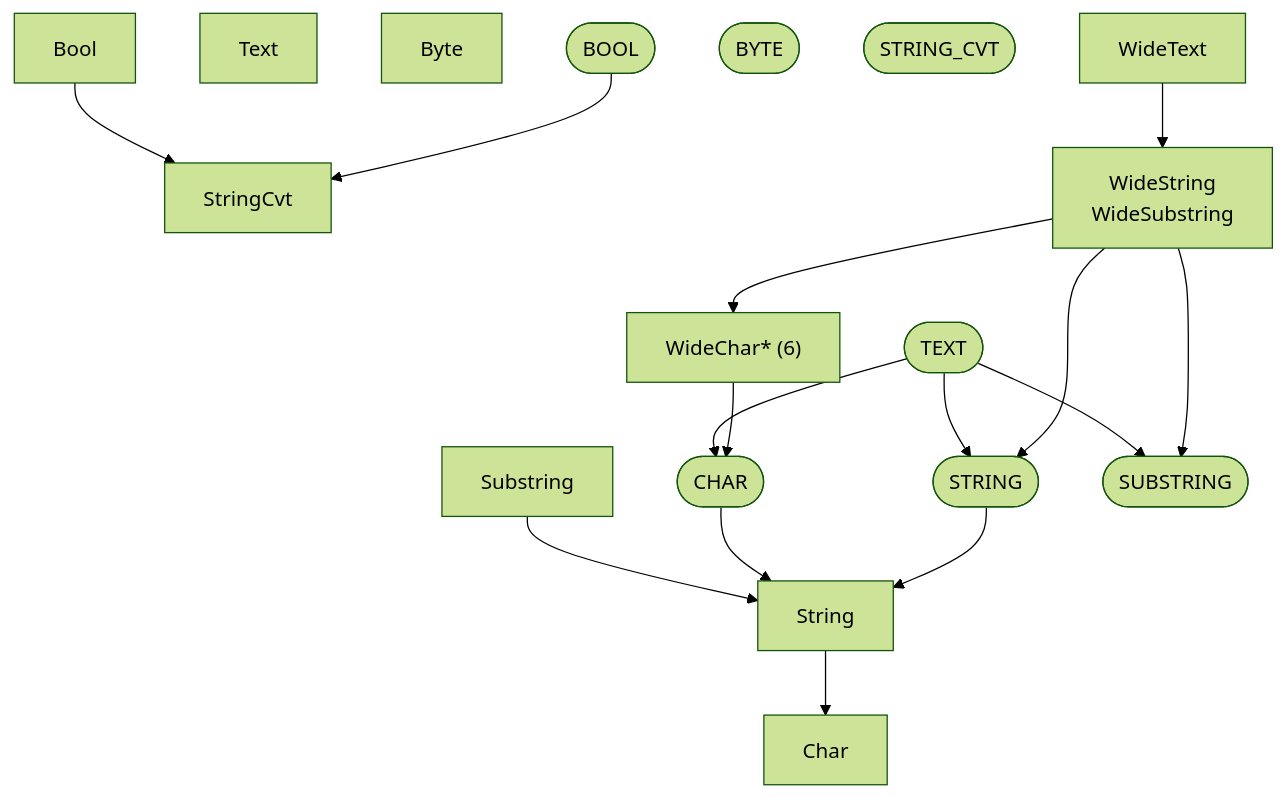
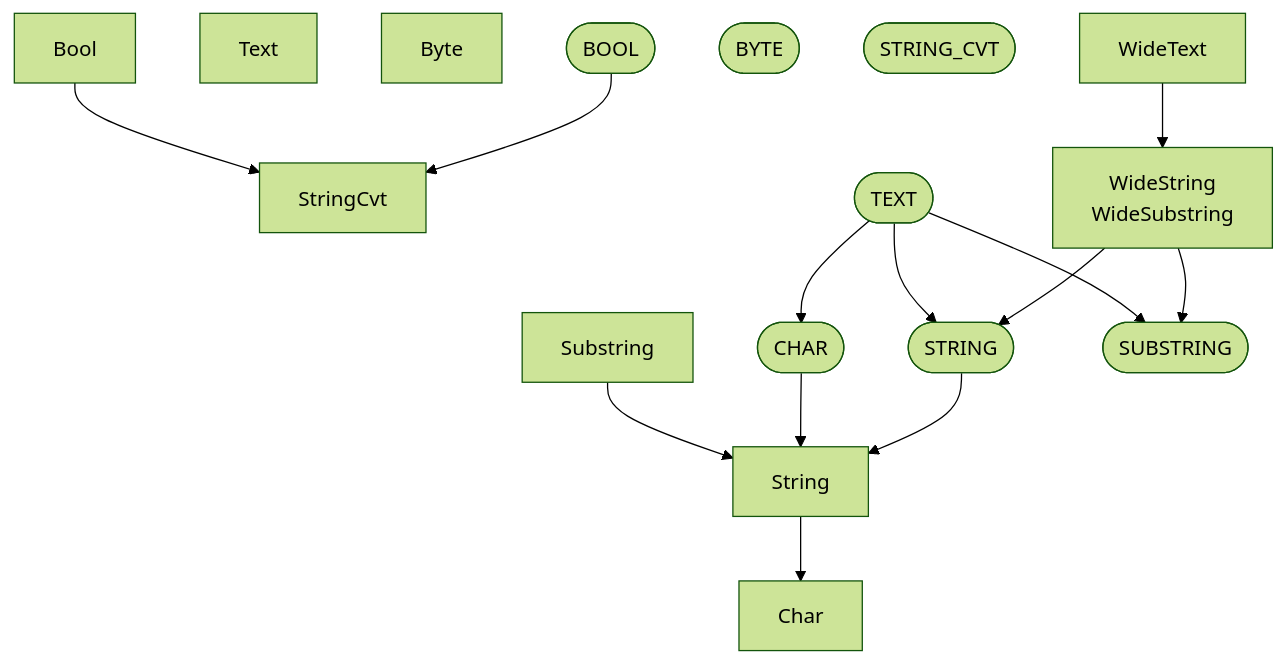
Before and after one commit to ruudkoot/rune: the third of 9 diagrams in docs/generated/basis/depends.md, drawn with Mermaid (forest theme). The commit also changed other lines of this file and 72 other files, not shown here.

````diff
--- a/docs/generated/basis/depends.md
+++ b/docs/generated/basis/depends.md
@@ -74,34 +74,31 @@
 ```mermaid
 flowchart TD
   n1["StringCvt"]
   n2["Bool"]
   n19["Char"]
   n20["String"]
   n29["Substring"]
   n58["Text"]
   n74["Byte"]
   n95(["BOOL"])
   n96(["BYTE"])
   n97(["CHAR"])
   n123(["STRING"])
   n124(["STRING_CVT"])
   n125(["SUBSTRING"])
   n135(["TEXT"])
-  n147["WideChar* (6)"]
   n148["WideString<br>WideSubstring"]
   n149["WideText"]
   n2 --> n1
   n20 --> n19
   n29 --> n20
   n95 --> n1
   n97 --> n20
   n123 --> n20
   n135 --> n97
   n135 --> n123
   n135 --> n125
-  n147 --> n97
-  n148 --> n147
   n148 --> n123
   n148 --> n125
   n149 --> n148
 ```
````
